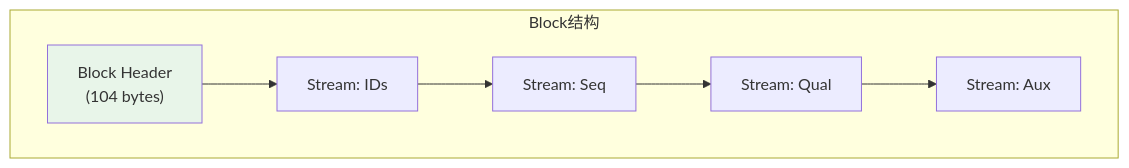
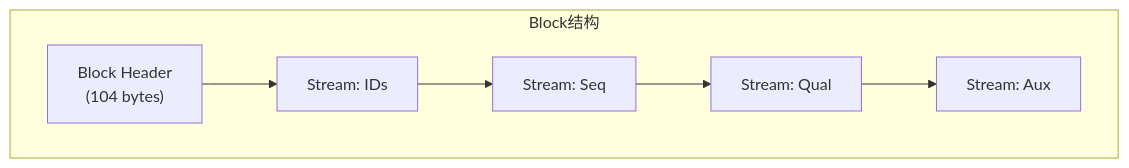
Before and after one commit to open-genomics/fq-compressor-rust: the third of 5 diagrams in docs/zh/reference/format-spec.md, drawn with Mermaid. The commit also changed other lines of this file and 23 other files, not shown here.

````diff
--- a/docs/zh/reference/format-spec.md
+++ b/docs/zh/reference/format-spec.md
@@ -105,14 +99,13 @@
 ```mermaid
 flowchart TD
     subgraph Block结构
         A["Block Header<br/>(104 bytes)"]
         B["Stream: IDs"]
         C["Stream: Seq"]
         D["Stream: Qual"]
         E["Stream: Aux"]
     end
     
     A --> B --> C --> D --> E
     
-    style A fill:#E8F5E9
 ```
````
